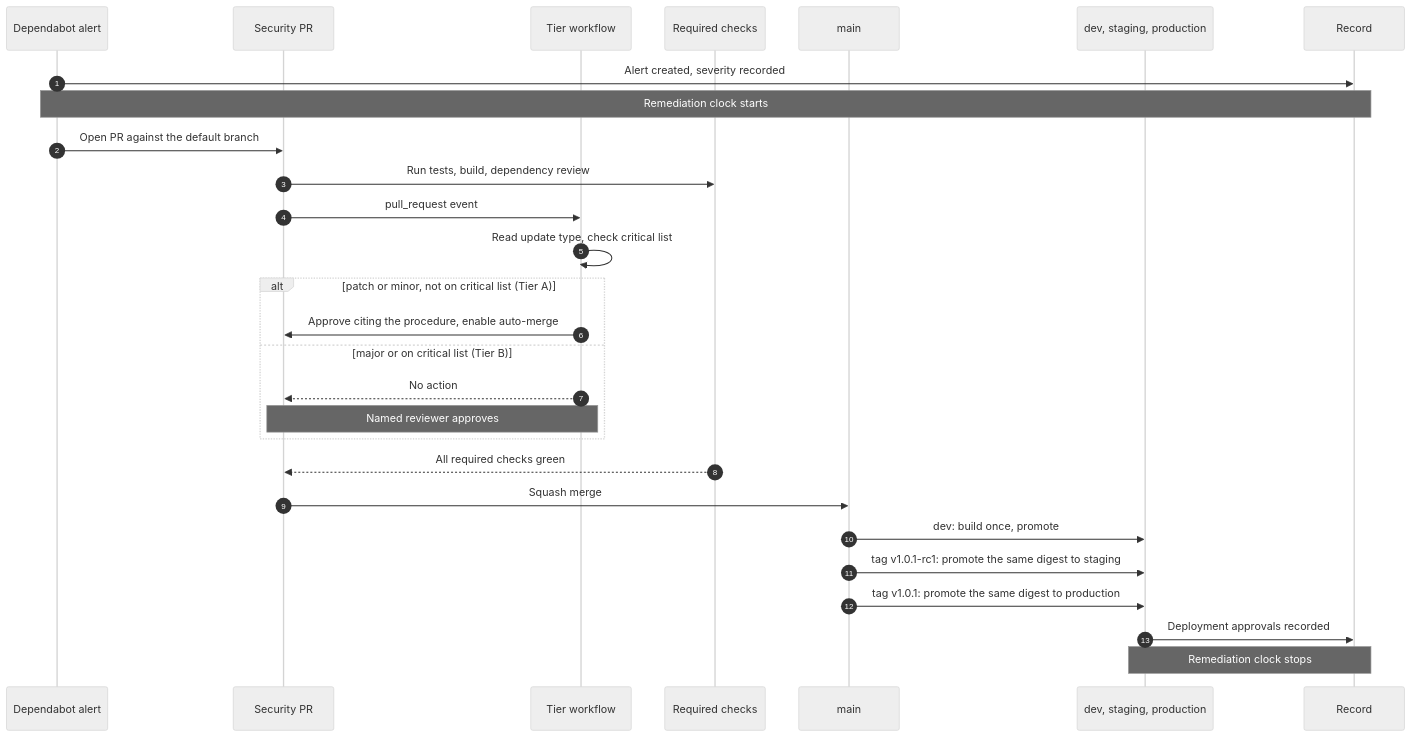
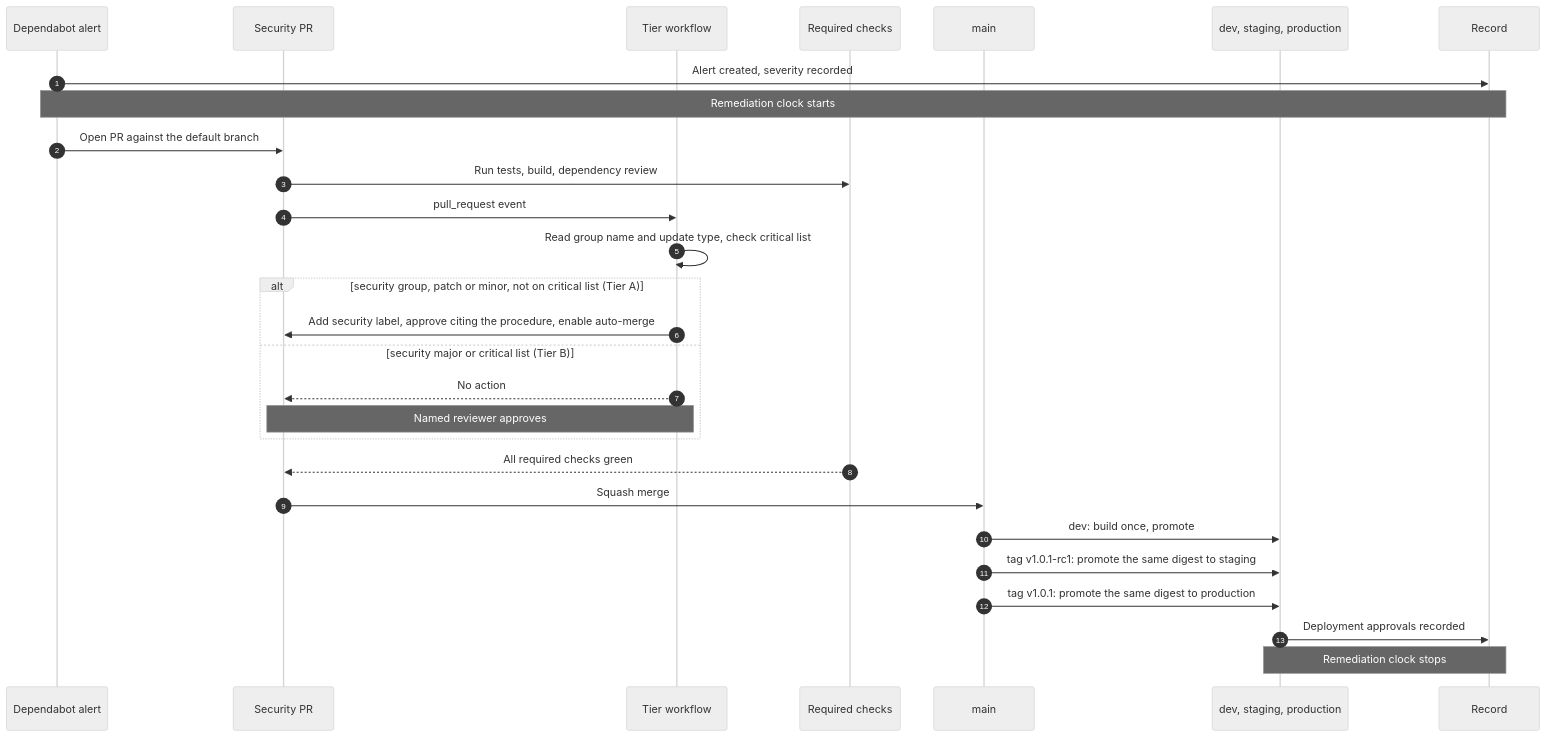
Before and after one commit to Ryan-Small/delivery-playbook: the second of 3 diagrams in docs/branch-model.md, drawn with Mermaid (neutral theme). The commit also changed other lines of this file and 6 other files, not shown here.

First line of the commit message:
Auto-merge security updates only; route routine updates to weekly triage

````diff
--- a/docs/branch-model.md
+++ b/docs/branch-model.md
@@ -72,31 +72,31 @@
 ```mermaid
 sequenceDiagram
     autonumber
     participant AL as Dependabot alert
     participant PR as Security PR
     participant WF as Tier workflow
     participant CI as Required checks
     participant M as main
     participant ENV as dev, staging, production
     participant REC as Record
 
     AL->>REC: Alert created, severity recorded
     Note over AL,REC: Remediation clock starts
     AL->>PR: Open PR against the default branch
     PR->>CI: Run tests, build, dependency review
     PR->>WF: pull_request event
-    WF->>WF: Read update type, check critical list
-    alt patch or minor, not on critical list (Tier A)
-        WF->>PR: Approve citing the procedure, enable auto-merge
-    else major or on critical list (Tier B)
+    WF->>WF: Read group name and update type, check critical list
+    alt security group, patch or minor, not on critical list (Tier A)
+        WF->>PR: Add security label, approve citing the procedure, enable auto-merge
+    else security major or critical list (Tier B)
         WF-->>PR: No action
         Note over PR,WF: Named reviewer approves
     end
     CI-->>PR: All required checks green
     PR->>M: Squash merge
     M->>ENV: dev: build once, promote
     M->>ENV: tag v1.0.1-rc1: promote the same digest to staging
     M->>ENV: tag v1.0.1: promote the same digest to production
     ENV->>REC: Deployment approvals recorded
     Note over ENV,REC: Remediation clock stops
 ```
````
